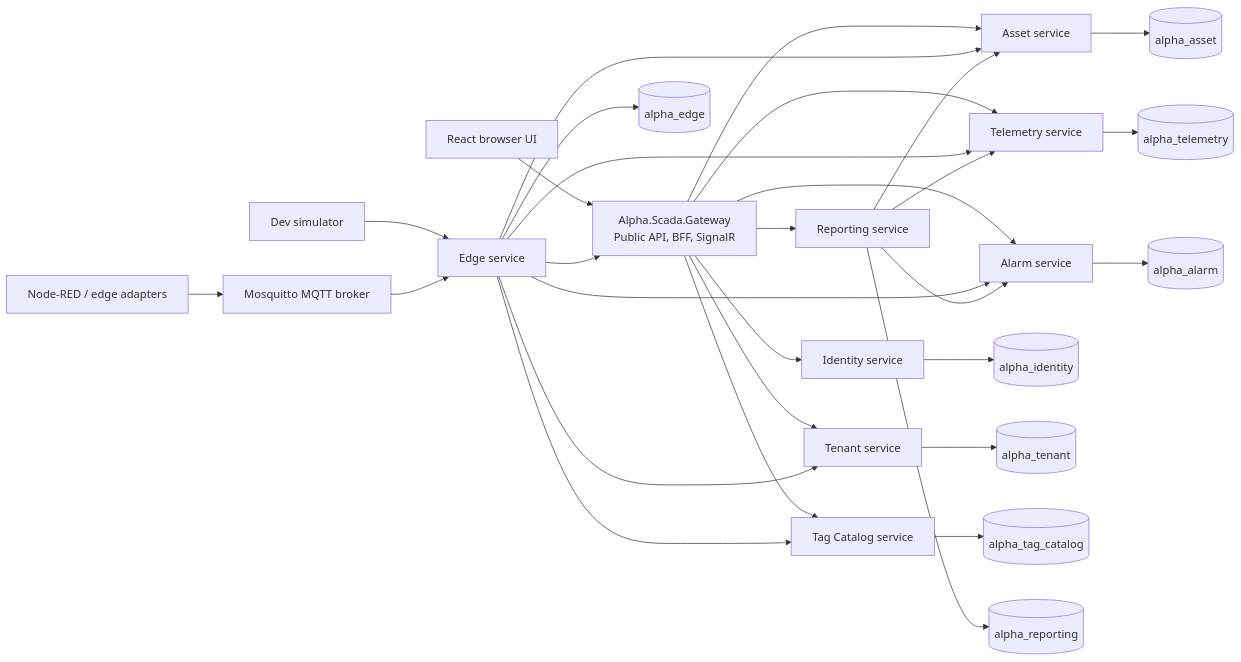
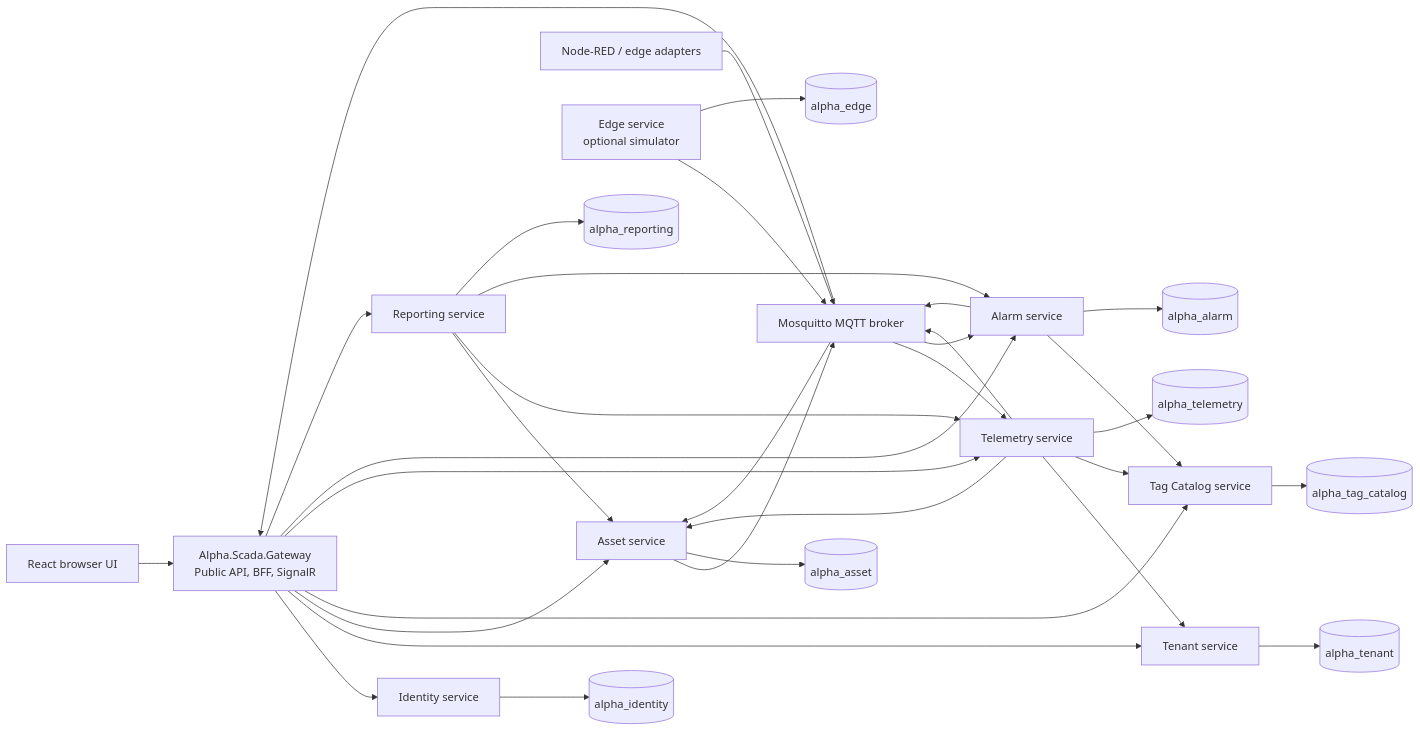
One commit to dhalavach/alpha-scada changed the first of 4 diagrams in docs/system-overview.md. Above: the diagram before and after it, drawn with Mermaid. The commit also changed other lines of this file and 26 other files, not shown here.

````diff
--- a/docs/system-overview.md
+++ b/docs/system-overview.md
@@ -29,36 +29,41 @@
 ```mermaid
 flowchart LR
     Browser["React browser UI"] --> Gateway["Alpha.Scada.Gateway<br/>Public API, BFF, SignalR"]
 
     Gateway --> Identity["Identity service"]
     Gateway --> Tenant["Tenant service"]
     Gateway --> Asset["Asset service"]
     Gateway --> TagCatalog["Tag Catalog service"]
     Gateway --> Telemetry["Telemetry service"]
     Gateway --> Alarm["Alarm service"]
     Gateway --> Reporting["Reporting service"]
 
     NodeRED["Node-RED / edge adapters"] --> Mosquitto["Mosquitto MQTT broker"]
-    Simulator["Dev simulator"] --> Edge["Edge service"]
-    Mosquitto --> Edge
+    Edge["Edge service<br/>optional simulator"] --> Mosquitto
 
-    Edge --> Tenant
-    Edge --> Asset
-    Edge --> TagCatalog
-    Edge --> Telemetry
-    Edge --> Alarm
-    Edge --> Gateway
+    Mosquitto --> Telemetry
+    Telemetry --> Mosquitto
+    Mosquitto --> Asset
+    Mosquitto --> Alarm
+    Mosquitto --> Gateway
+
+    Telemetry --> Tenant
+    Telemetry --> Asset
+    Telemetry --> TagCatalog
+    Alarm --> TagCatalog
+    Asset --> Mosquitto
+    Alarm --> Mosquitto
 
     Reporting --> Asset
     Reporting --> Telemetry
     Reporting --> Alarm
 
     Identity --> DbIdentity[("alpha_identity")]
     Tenant --> DbTenant[("alpha_tenant")]
     Asset --> DbAsset[("alpha_asset")]
     TagCatalog --> DbTags[("alpha_tag_catalog")]
     Edge --> DbEdge[("alpha_edge")]
     Telemetry --> DbTelemetry[("alpha_telemetry")]
     Alarm --> DbAlarm[("alpha_alarm")]
     Reporting --> DbReporting[("alpha_reporting")]
 ```
````
